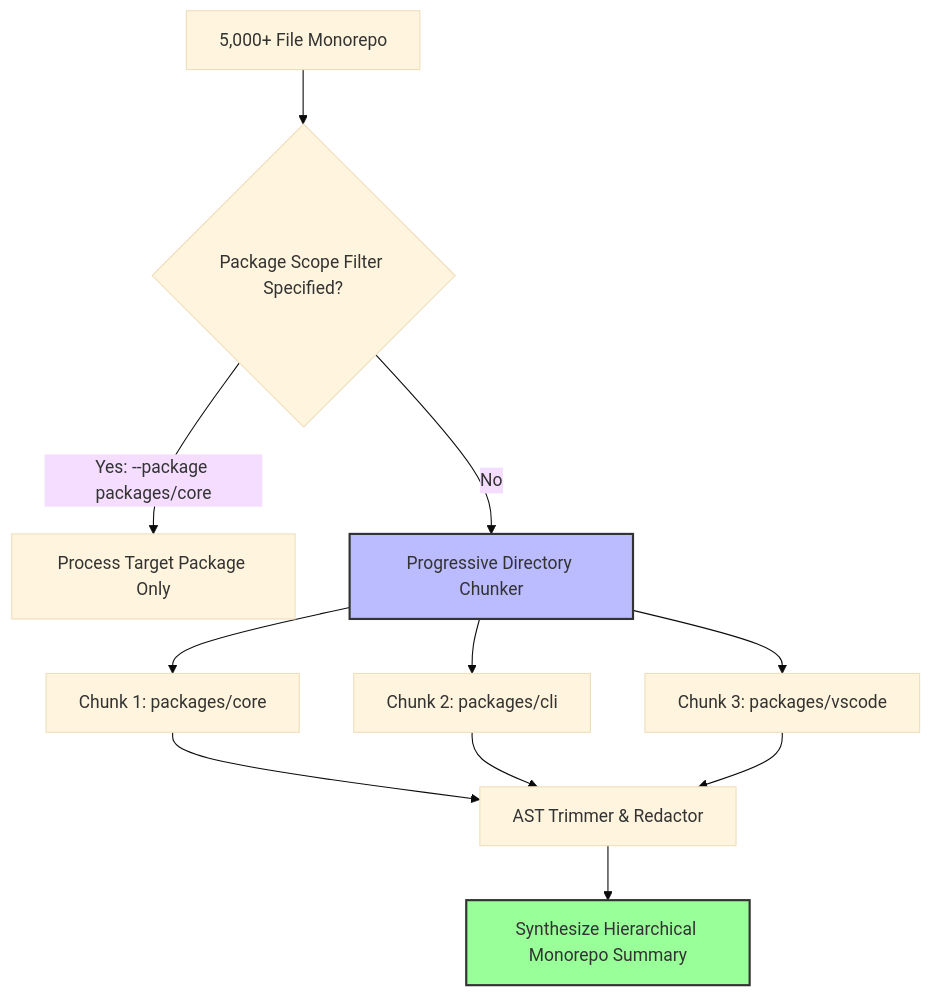
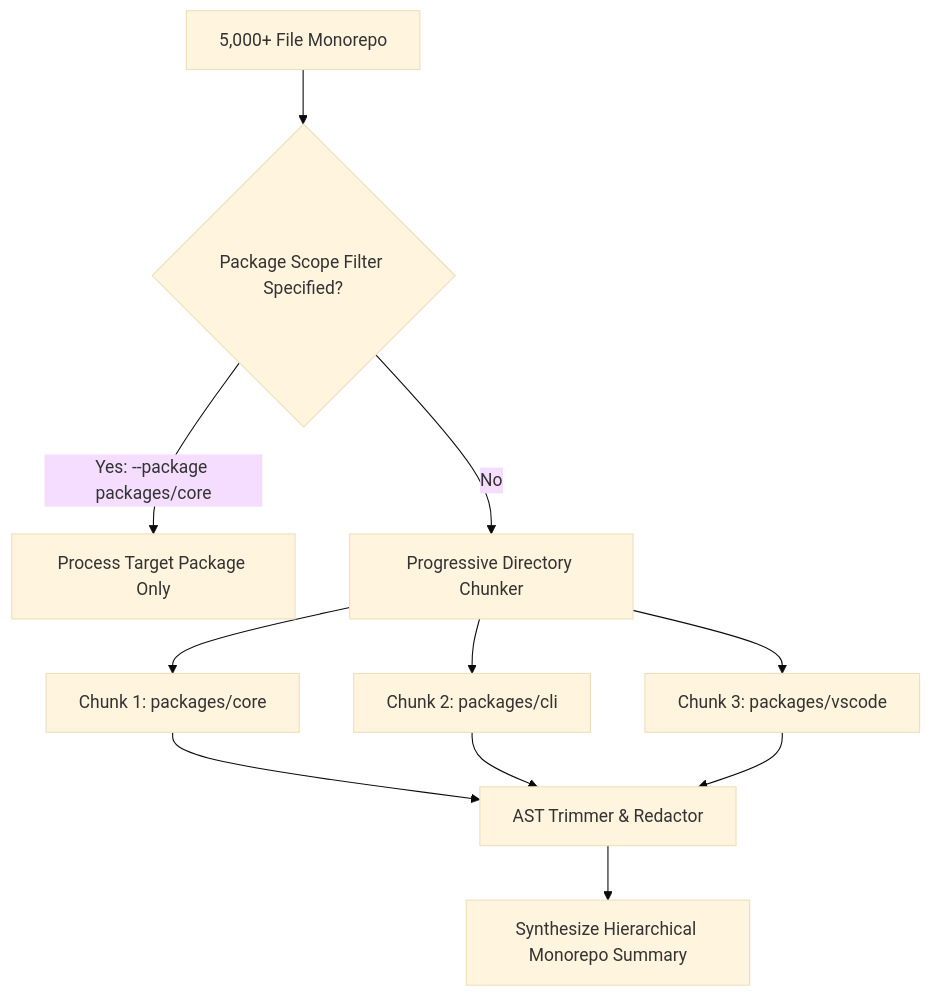
One commit to EldrexDelosReyesBula/DevDiff changed the diagram in docs/guide/large-codebase-strategies.md. Above: the diagram before and after it, drawn with Mermaid (base theme). The commit also changed other lines of this file and 187 other files, not shown here.

First line of the commit message:
release: v1.8.0 — multi-registry distribution, plugin architecture & documentation overhaul

````diff
--- a/docs/guide/large-codebase-strategies.md
+++ b/docs/guide/large-codebase-strategies.md
@@ -11,19 +11,16 @@
 ```mermaid
 flowchart TD
     Monorepo[5,000+ File Monorepo] --> Filter{Package Scope Filter Specified?}
     Filter -->|Yes: --package packages/core| TargetPkg[Process Target Package Only]
     Filter -->|No| Chunker[Progressive Directory Chunker]
 
     Chunker --> Part1[Chunk 1: packages/core]
     Chunker --> Part2[Chunk 2: packages/cli]
     Chunker --> Part3[Chunk 3: packages/vscode]
 
     Part1 --> AST[AST Trimmer & Redactor]
     Part2 --> AST
     Part3 --> AST
 
     AST --> Summary[Synthesize Hierarchical Monorepo Summary]
-
-    style Chunker fill:#bbf,stroke:#333,stroke-width:2px
-    style Summary fill:#9f9,stroke:#333,stroke-width:2px
 ```
````
